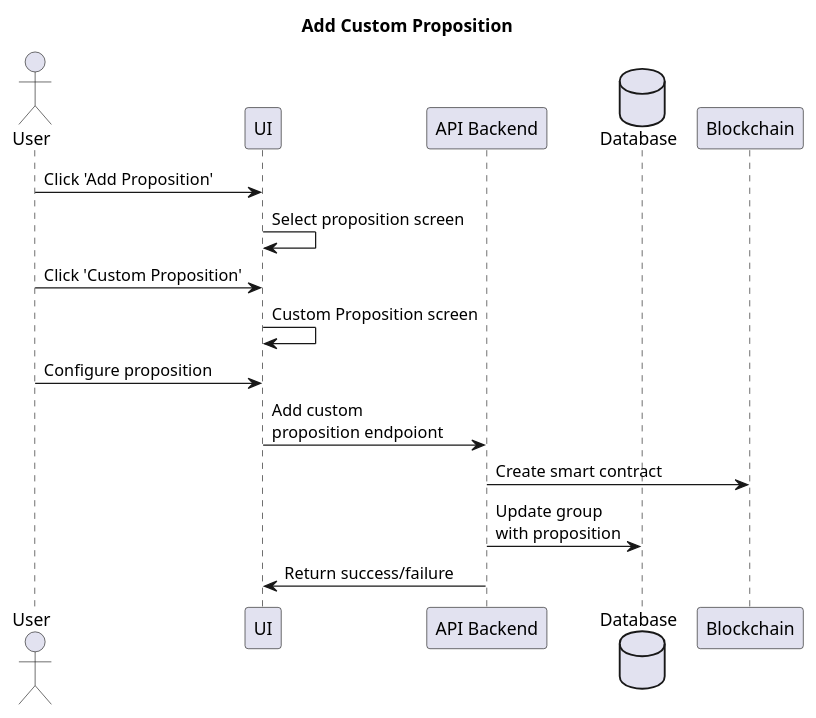
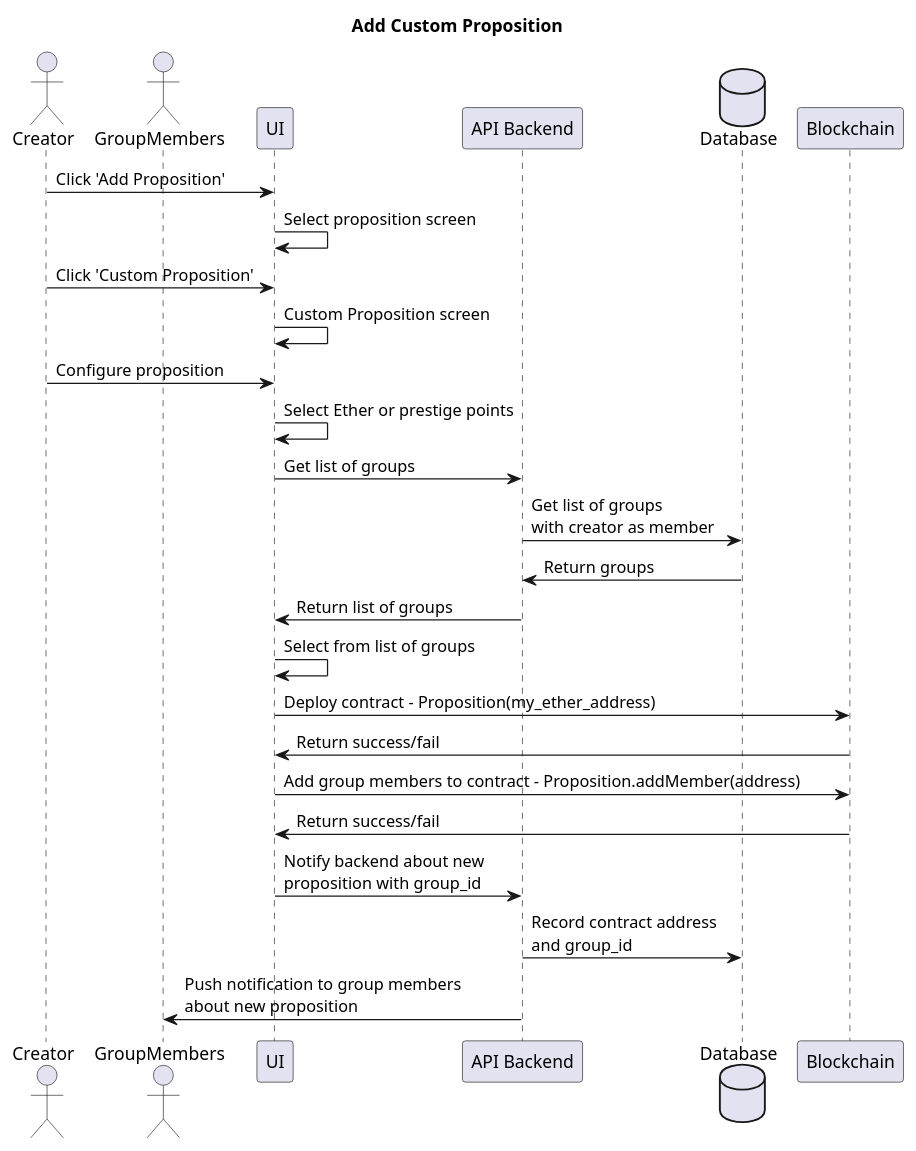
Before and after one commit to adhurjaty/prediction-app: the diagram in Diagrams/UserStories/add_new_prop.puml, drawn with PlantUML.

Commit message:
Modified flow to have app communicate directly with blockchain

```diff
--- a/Diagrams/UserStories/add_new_prop.puml
+++ b/Diagrams/UserStories/add_new_prop.puml
@@ -1,21 +1,31 @@
 @startuml Add Custom Proposition
 
 title Add Custom Proposition
 
-actor User as user
+actor Creator as creator
+actor GroupMembers as member
 participant UI as ui
 participant "API Backend" as api
 database Database as db
 participant Blockchain as bc
 
-user -> ui : Click 'Add Proposition'
+creator -> ui : Click 'Add Proposition'
 ui -> ui : Select proposition screen
-user -> ui : Click 'Custom Proposition'
+creator -> ui : Click 'Custom Proposition'
 ui -> ui : Custom Proposition screen
-user -> ui : Configure proposition
-ui -> api : Add custom\nproposition endpoiont
-api -> bc : Create smart contract
-api -> db : Update group\nwith proposition
-api -> ui : Return success/failure
+creator -> ui : Configure proposition
+ui -> ui: Select Ether or prestige points
+ui -> api: Get list of groups
+api -> db: Get list of groups \nwith creator as member
+db -> api: Return groups
+api -> ui: Return list of groups
+ui -> ui: Select from list of groups
+ui -> bc: Deploy contract - Proposition(my_ether_address)
+bc -> ui: Return success/fail
+ui -> bc: Add group members to contract - Proposition.addMember(address)
+bc -> ui: Return success/fail
+ui -> api: Notify backend about new \nproposition with group_id
+api -> db: Record contract address \nand group_id
+api -> member: Push notification to group members \nabout new proposition
 
 @enduml
```
